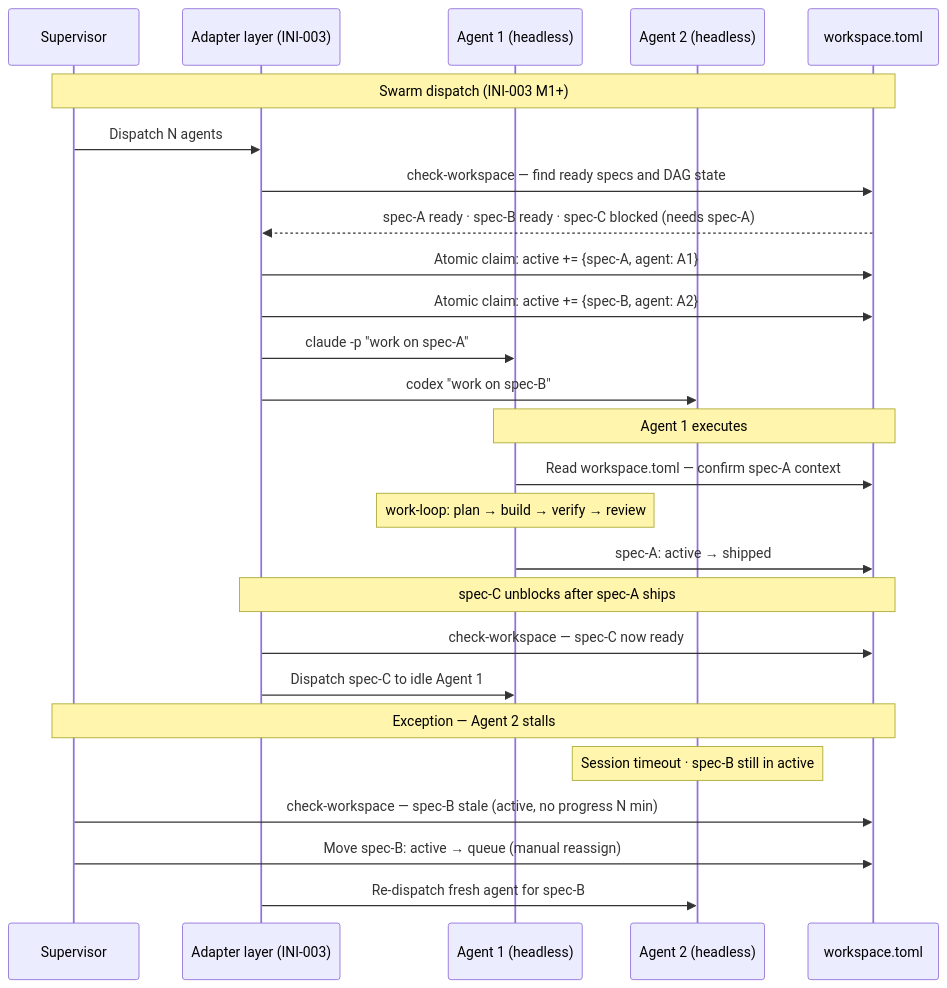
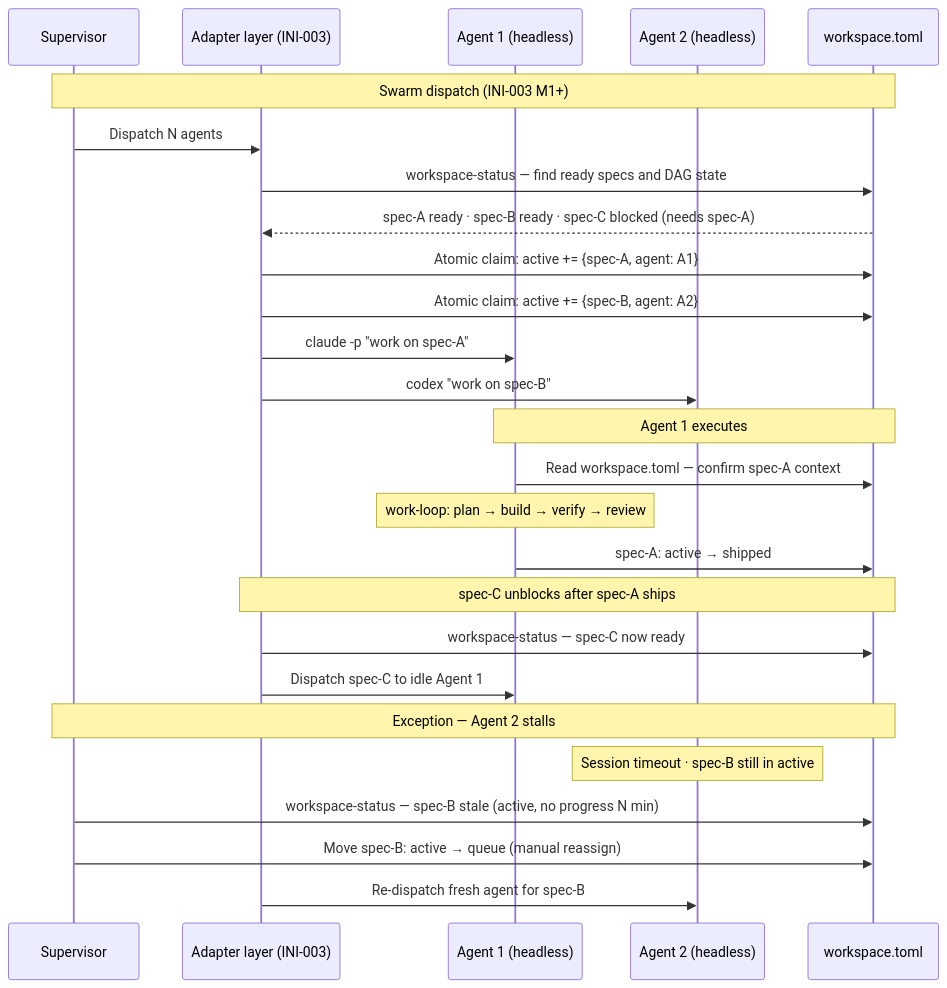
One commit to eugenelim/agent-ready-repo changed the second of 2 diagrams in docs/product/journeys/engineer-scales-to-swarm.md. Above: the diagram before and after it, drawn with Mermaid. The commit also changed other lines of this file and 40 other files, not shown here.

First line of the commit message:
feat(core): rename check-workspace → workspace-status (RFC-0067 Change A) (#565)

````diff
--- a/docs/product/journeys/engineer-scales-to-swarm.md
+++ b/docs/product/journeys/engineer-scales-to-swarm.md
@@ -77,32 +77,32 @@
 ```mermaid
 sequenceDiagram
     participant H as Supervisor
     participant AD as Adapter layer (INI-003)
     participant A1 as Agent 1 (headless)
     participant A2 as Agent 2 (headless)
     participant WS as workspace.toml
 
     Note over H,WS: Swarm dispatch (INI-003 M1+)
     H->>AD: Dispatch N agents
-    AD->>WS: check-workspace — find ready specs and DAG state
+    AD->>WS: workspace-status — find ready specs and DAG state
     WS-->>AD: spec-A ready · spec-B ready · spec-C blocked (needs spec-A)
     AD->>WS: Atomic claim: active += {spec-A, agent: A1}
     AD->>WS: Atomic claim: active += {spec-B, agent: A2}
     AD->>A1: claude -p "work on spec-A"
     AD->>A2: codex "work on spec-B"
 
     Note over A1,WS: Agent 1 executes
     A1->>WS: Read workspace.toml — confirm spec-A context
     Note over A1: work-loop: plan → build → verify → review
     A1->>WS: spec-A: active → shipped
 
     Note over AD,WS: spec-C unblocks after spec-A ships
-    AD->>WS: check-workspace — spec-C now ready
+    AD->>WS: workspace-status — spec-C now ready
     AD->>A1: Dispatch spec-C to idle Agent 1
 
     Note over H,WS: Exception — Agent 2 stalls
     Note over A2: Session timeout · spec-B still in active
-    H->>WS: check-workspace — spec-B stale (active, no progress N min)
+    H->>WS: workspace-status — spec-B stale (active, no progress N min)
     H->>WS: Move spec-B: active → queue (manual reassign)
     AD->>A2: Re-dispatch fresh agent for spec-B
 ```
````
